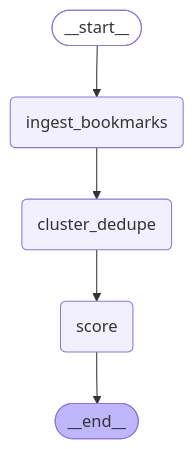
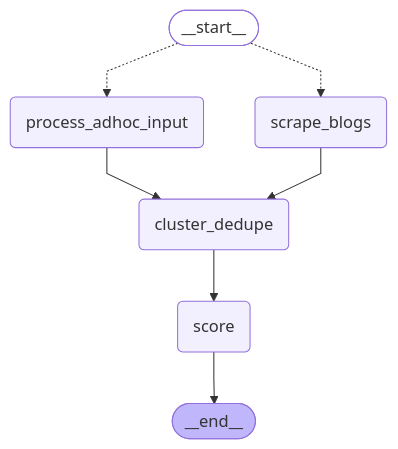
One commit to phoenix686/weekly-intel-agent changed the diagram in discovery_graph.mmd. Above: the diagram before and after it, drawn with Mermaid. The commit also changed 2 other files, not shown here.

```diff
--- a/discovery_graph.mmd
+++ b/discovery_graph.mmd
@@ -1,18 +1,21 @@
 ---
 config:
   flowchart:
     curve: linear
 ---
 graph TD;
 	__start__([<p>__start__</p>]):::first
-	ingest_bookmarks(ingest_bookmarks)
 	cluster_dedupe(cluster_dedupe)
 	score(score)
+	scrape_blogs(scrape_blogs)
+	process_adhoc_input(process_adhoc_input)
 	__end__([<p>__end__</p>]):::last
-	__start__ --> ingest_bookmarks;
+	__start__ -.-> process_adhoc_input;
+	__start__ -.-> scrape_blogs;
 	cluster_dedupe --> score;
-	ingest_bookmarks --> cluster_dedupe;
+	process_adhoc_input --> cluster_dedupe;
+	scrape_blogs --> cluster_dedupe;
 	score --> __end__;
 	classDef default fill:#f2f0ff,line-height:1.2
 	classDef first fill-opacity:0
 	classDef last fill:#bfb6fc
```
